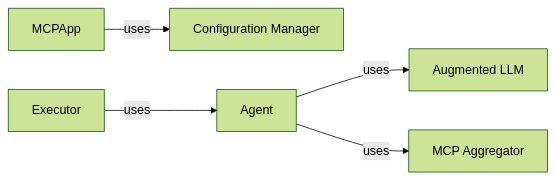
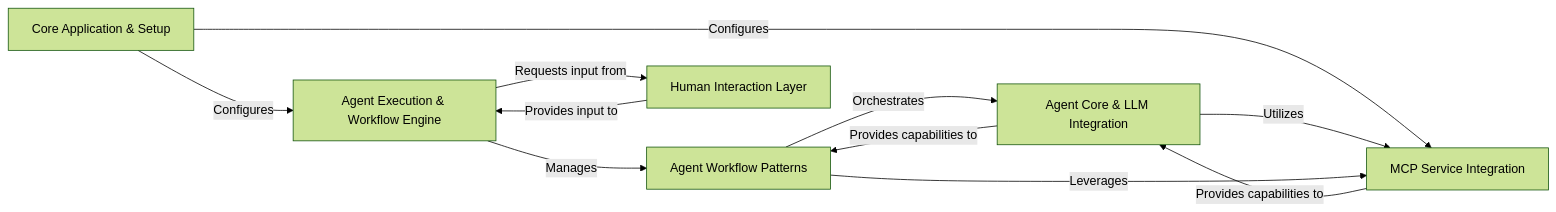
The diagram in mcp-agent/on_boarding.md (CodeBoarding/GeneratedOnBoardings), drawn with Mermaid (forest theme) before and after one commit. The commit also changed other lines of this file and 11 other files, not shown here.

Commit message:
Uploading onboarding materials for mcp-agent

````diff
--- a/mcp-agent/on_boarding.md
+++ b/mcp-agent/on_boarding.md
@@ -1,17 +1,25 @@
 ```mermaid
 graph LR
-    Configuration_Manager["Configuration Manager"]
-    MCP_Aggregator["MCP Aggregator"]
-    Agent["Agent"]
-    Augmented_LLM["Augmented LLM"]
-    Executor["Executor"]
-    MCPApp -- "uses" --> Configuration_Manager
-    Agent -- "uses" --> Augmented_LLM
-    Agent -- "uses" --> MCP_Aggregator
-    Executor -- "uses" --> Agent
-    click Configuration_Manager href "https://github.com/CodeBoarding/GeneratedOnBoardings/blob/main/mcp-agent/Configuration_Manager.md" "Details"
-    click MCP_Aggregator href "https://github.com/CodeBoarding/GeneratedOnBoardings/blob/main/mcp-agent/MCP_Aggregator.md" "Details"
-    click Agent href "https://github.com/CodeBoarding/GeneratedOnBoardings/blob/main/mcp-agent/Agent.md" "Details"
-    click Augmented_LLM href "https://github.com/CodeBoarding/GeneratedOnBoardings/blob/main/mcp-agent/Augmented_LLM.md" "Details"
-    click Executor href "https://github.com/CodeBoarding/GeneratedOnBoardings/blob/main/mcp-agent/Executor.md" "Details"
+    Core_Application_Setup["Core Application & Setup"]
+    Agent_Execution_Workflow_Engine["Agent Execution & Workflow Engine"]
+    Agent_Core_LLM_Integration["Agent Core & LLM Integration"]
+    MCP_Service_Integration["MCP Service Integration"]
+    Agent_Workflow_Patterns["Agent Workflow Patterns"]
+    Human_Interaction_Layer["Human Interaction Layer"]
+    Core_Application_Setup -- "Configures" --> Agent_Execution_Workflow_Engine
+    Core_Application_Setup -- "Configures" --> MCP_Service_Integration
+    Agent_Execution_Workflow_Engine -- "Manages" --> Agent_Workflow_Patterns
+    Agent_Execution_Workflow_Engine -- "Requests input from" --> Human_Interaction_Layer
+    Agent_Core_LLM_Integration -- "Utilizes" --> MCP_Service_Integration
+    Agent_Core_LLM_Integration -- "Provides capabilities to" --> Agent_Workflow_Patterns
+    MCP_Service_Integration -- "Provides capabilities to" --> Agent_Core_LLM_Integration
+    Agent_Workflow_Patterns -- "Orchestrates" --> Agent_Core_LLM_Integration
+    Agent_Workflow_Patterns -- "Leverages" --> MCP_Service_Integration
+    Human_Interaction_Layer -- "Provides input to" --> Agent_Execution_Workflow_Engine
+    click Core_Application_Setup href "https://github.com/CodeBoarding/GeneratedOnBoardings/blob/main/mcp-agent/Core_Application_Setup.md" "Details"
+    click Agent_Execution_Workflow_Engine href "https://github.com/CodeBoarding/GeneratedOnBoardings/blob/main/mcp-agent/Agent_Execution_Workflow_Engine.md" "Details"
+    click Agent_Core_LLM_Integration href "https://github.com/CodeBoarding/GeneratedOnBoardings/blob/main/mcp-agent/Agent_Core_LLM_Integration.md" "Details"
+    click MCP_Service_Integration href "https://github.com/CodeBoarding/GeneratedOnBoardings/blob/main/mcp-agent/MCP_Service_Integration.md" "Details"
+    click Agent_Workflow_Patterns href "https://github.com/CodeBoarding/GeneratedOnBoardings/blob/main/mcp-agent/Agent_Workflow_Patterns.md" "Details"
+    click Human_Interaction_Layer href "https://github.com/CodeBoarding/GeneratedOnBoardings/blob/main/mcp-agent/Human_Interaction_Layer.md" "Details"
 ```
````
